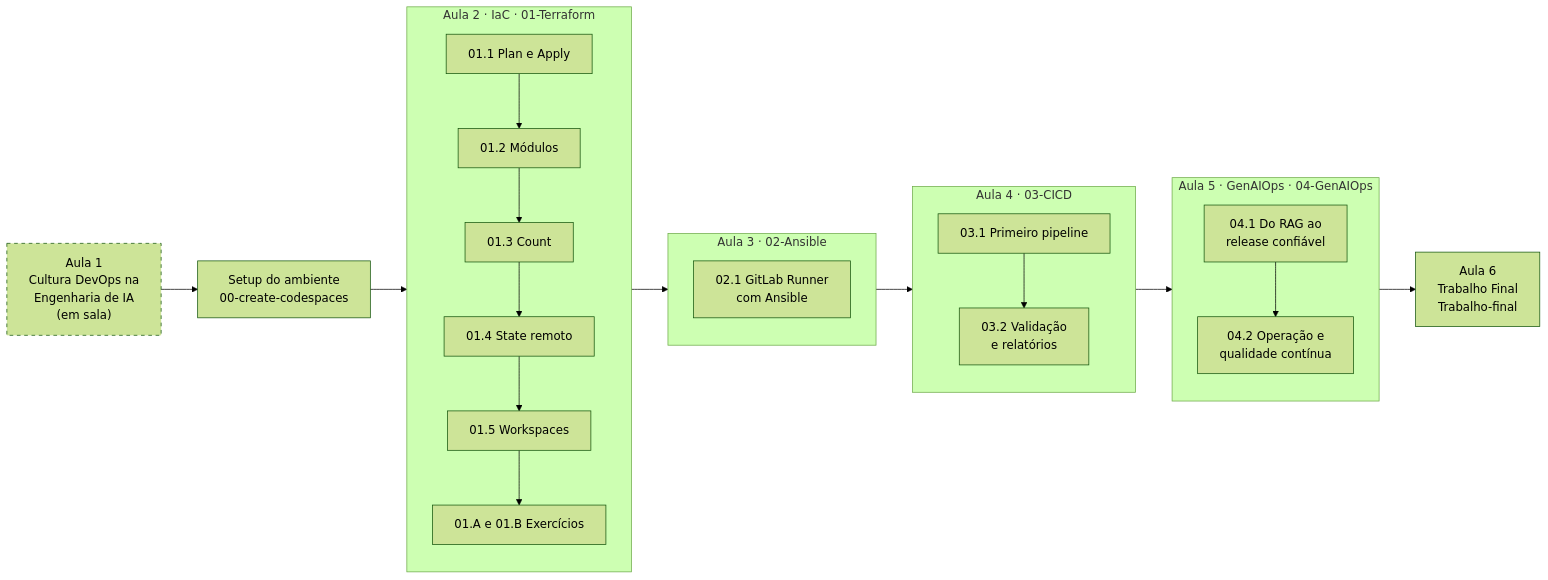
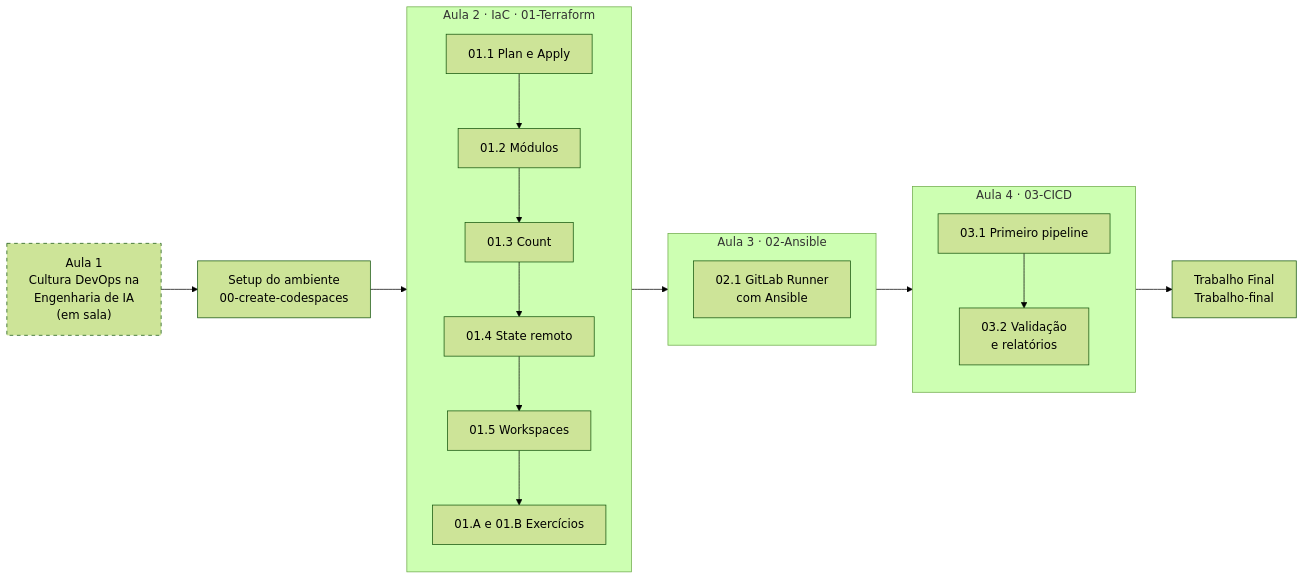
One commit to craniodev/FIAP-Devops-CICD changed the diagram in README.md. Above: the diagram before and after it, drawn with Mermaid (forest theme). The commit also changed other lines of this file and 18 other files, not shown here.

````diff
--- a/README.md
+++ b/README.md
@@ -137,36 +134,30 @@
 ```mermaid
 flowchart LR
     classDef sala stroke-dasharray: 5 5
 
     A1["Aula 1<br/>Cultura DevOps na<br/>Engenharia de IA<br/>(em sala)"]:::sala --> S["Setup do ambiente<br/>00-create-codespaces"]
 
     subgraph A2["Aula 2 · IaC · 01-Terraform"]
         direction TB
         T1["01.1 Plan e Apply"] --> T2["01.2 Módulos"]
         T2 --> T3["01.3 Count"]
         T3 --> T4["01.4 State remoto"]
         T4 --> T5["01.5 Workspaces"]
         T5 --> TE["01.A e 01.B Exercícios"]
     end
 
     subgraph A3["Aula 3 · 02-Ansible"]
         direction TB
         G1["02.1 GitLab Runner<br/>com Ansible"]
     end
 
     subgraph A4["Aula 4 · 03-CICD"]
         direction TB
         C1["03.1 Primeiro pipeline"] --> C2["03.2 Validação<br/>e relatórios"]
     end
 
-    subgraph A5["Aula 5 · GenAIOps · 04-GenAIOps"]
-        direction TB
-        Q1["04.1 Do RAG ao<br/>release confiável"] --> Q2["04.2 Operação e<br/>qualidade contínua"]
-    end
-
     S --> A2
     A2 --> A3
     A3 --> A4
-    A4 --> A5
-    A5 --> F["Aula 6<br/>Trabalho Final<br/>Trabalho-final"]
+    A4 --> F["Trabalho Final<br/>Trabalho-final"]
 ```
````
